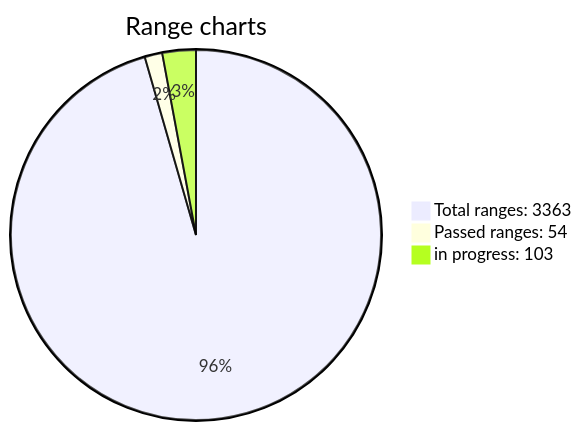
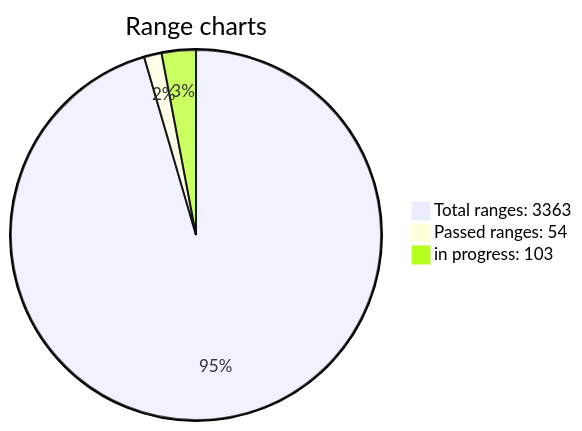
One commit to jonlloner/wif500 changed the diagram in README.md. Above: the diagram before and after it, drawn with Mermaid. The commit also changed other lines of this file, not shown here.

````diff
--- a/README.md
+++ b/README.md
@@ -84,6 +86,6 @@
 ```mermaid
 pie title Range charts
 "Total ranges: 3363" : 3363
 "Passed ranges: 54" : 54
-"in progress: 103" : 103
+"in progress: 103" : 105
 ```  
````
